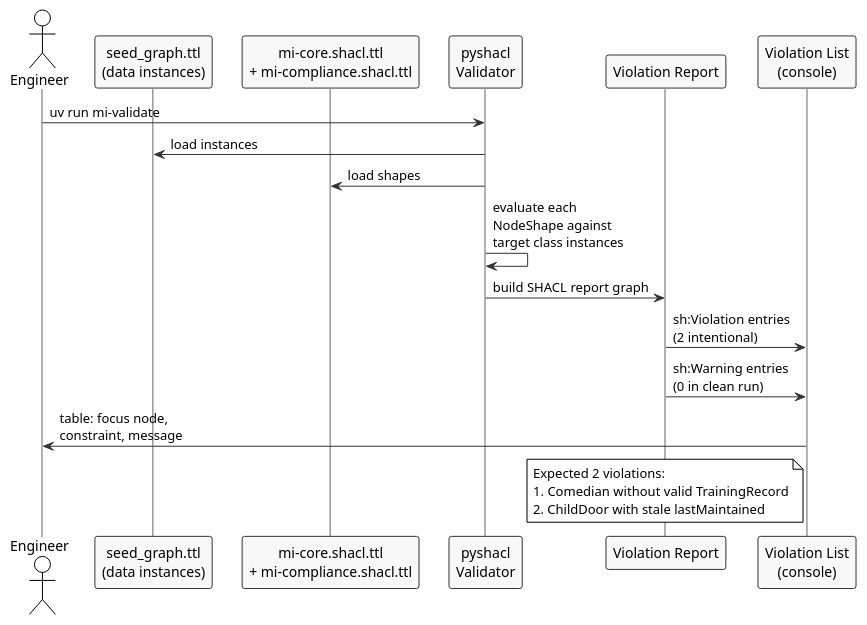
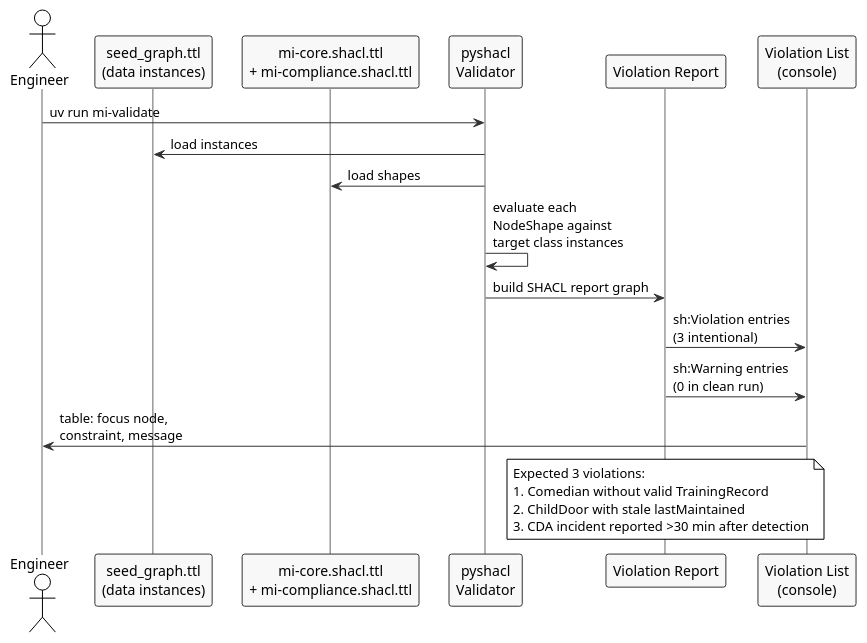
Before and after one commit to gazzwi86/monsters-inc: the diagram in docs/09-constraints-queries.md, drawn with PlantUML. The commit also changed other lines of this file and 10 other files, not shown here.

````diff
--- a/docs/09-constraints-queries.md
+++ b/docs/09-constraints-queries.md
@@ -18,34 +18,35 @@
 ```plantuml
 @startuml shacl-validation-flow
 !theme plain
 skinparam backgroundColor #FFFFFF
 skinparam sequence {
     ArrowColor #333333
     LifeLineBorderColor #666666
     ParticipantBorderColor #333333
     ParticipantBackgroundColor #F8F8F8
 }
 
 actor "Engineer" as eng
 participant "seed_graph.ttl\n(data instances)" as seed
 participant "mi-core.shacl.ttl\n+ mi-compliance.shacl.ttl" as shapes
 participant "pyshacl\nValidator" as validator
 participant "Violation Report" as report
 participant "Violation List\n(console)" as console
 
 eng -> validator : uv run mi-validate
 validator -> seed : load instances
 validator -> shapes : load shapes
 validator -> validator : evaluate each\nNodeShape against\ntarget class instances
 validator -> report : build SHACL report graph
-report -> console : sh:Violation entries\n(2 intentional)
+report -> console : sh:Violation entries\n(3 intentional)
 report -> console : sh:Warning entries\n(0 in clean run)
 console -> eng : table: focus node,\nconstraint, message
 
 note over report
-  Expected 2 violations:
+  Expected 3 violations:
   1. Comedian without valid TrainingRecord
   2. ChildDoor with stale lastMaintained
+  3. CDA incident reported >30 min after detection
 end note
 @enduml
 ```
````
